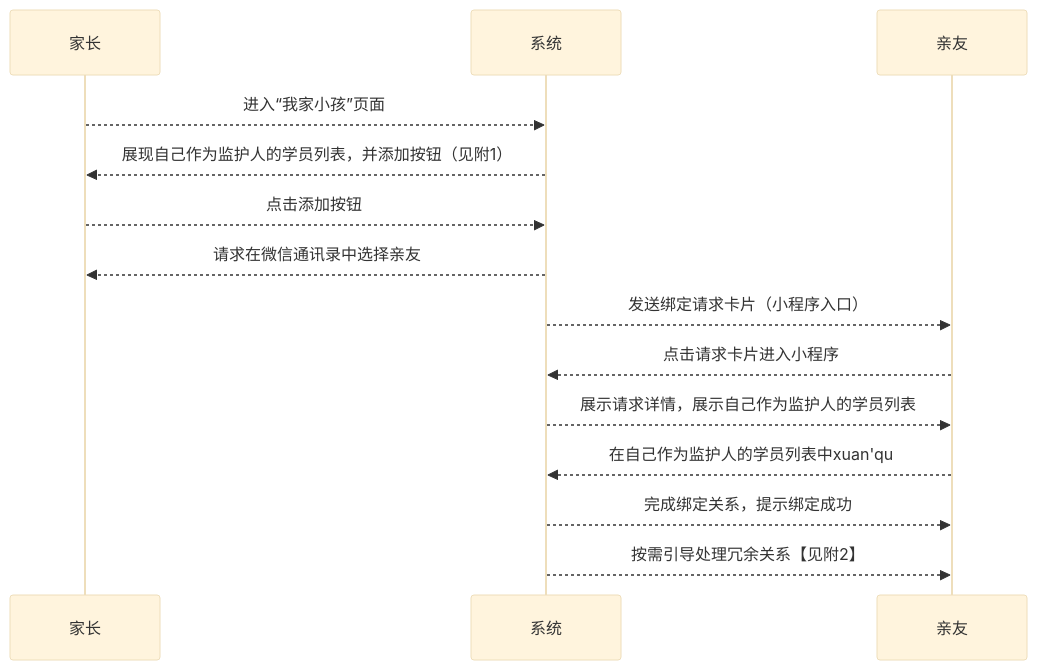
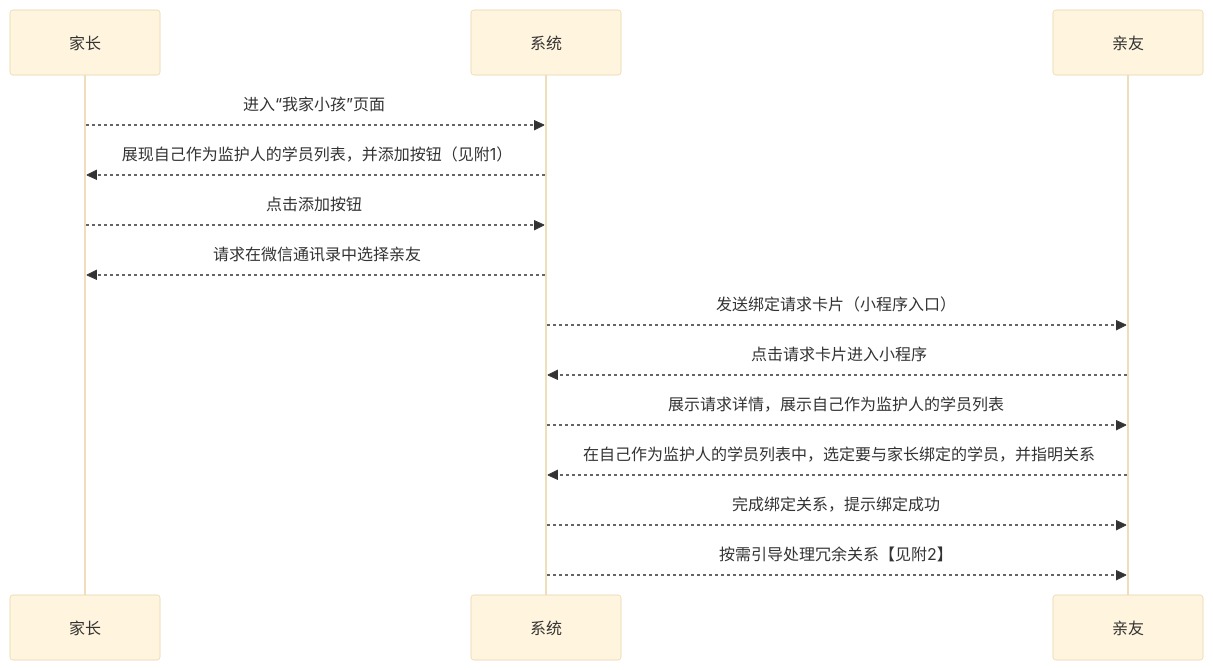
Before and after one commit to world-wide-web/sign: the second of 2 diagrams in 用例/家长-学员关系绑定.md, drawn with Mermaid (base theme). The commit also changed other lines of this file, not shown here.

````diff
--- a/用例/家长-学员关系绑定.md
+++ b/用例/家长-学员关系绑定.md
@@ -41,24 +41,24 @@
 ```mermaid
 sequenceDiagram
 
 家长-->>系统: 进入“我家小孩”页面
 
 系统-->>家长: 展现自己作为监护人的学员列表，并添加按钮（见附1）
 
 家长-->>系统: 点击添加按钮
 
 系统-->>家长: 请求在微信通讯录中选择亲友
 
 系统-->>亲友: 发送绑定请求卡片（小程序入口）
 
 亲友-->>系统: 点击请求卡片进入小程序
 
 系统-->>亲友: 展示请求详情，展示自己作为监护人的学员列表
 
-亲友-->>系统: 在自己作为监护人的学员列表中xuan'qu
+亲友-->>系统: 在自己作为监护人的学员列表中，选定要与家长绑定的学员，并指明关系
 
 系统-->>亲友: 完成绑定关系，提示绑定成功
 
 系统-->>亲友: 按需引导处理冗余关系【见附2】
 
 ```
````
